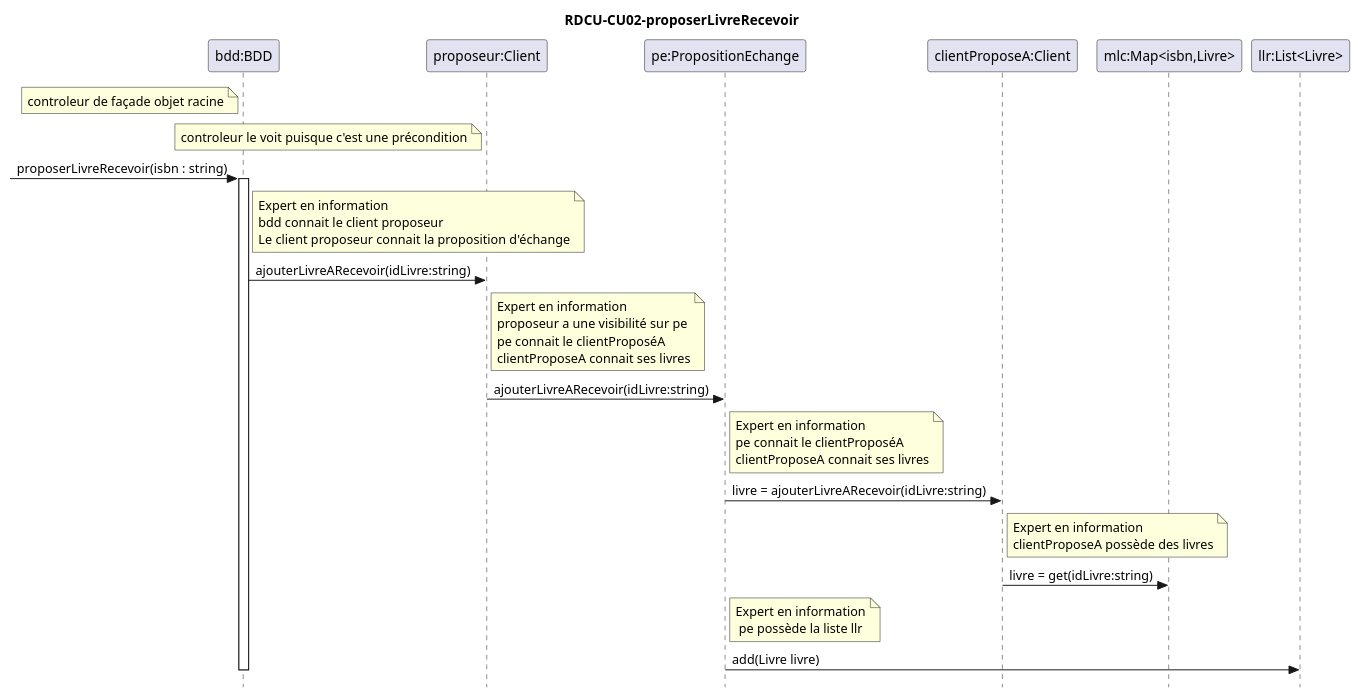
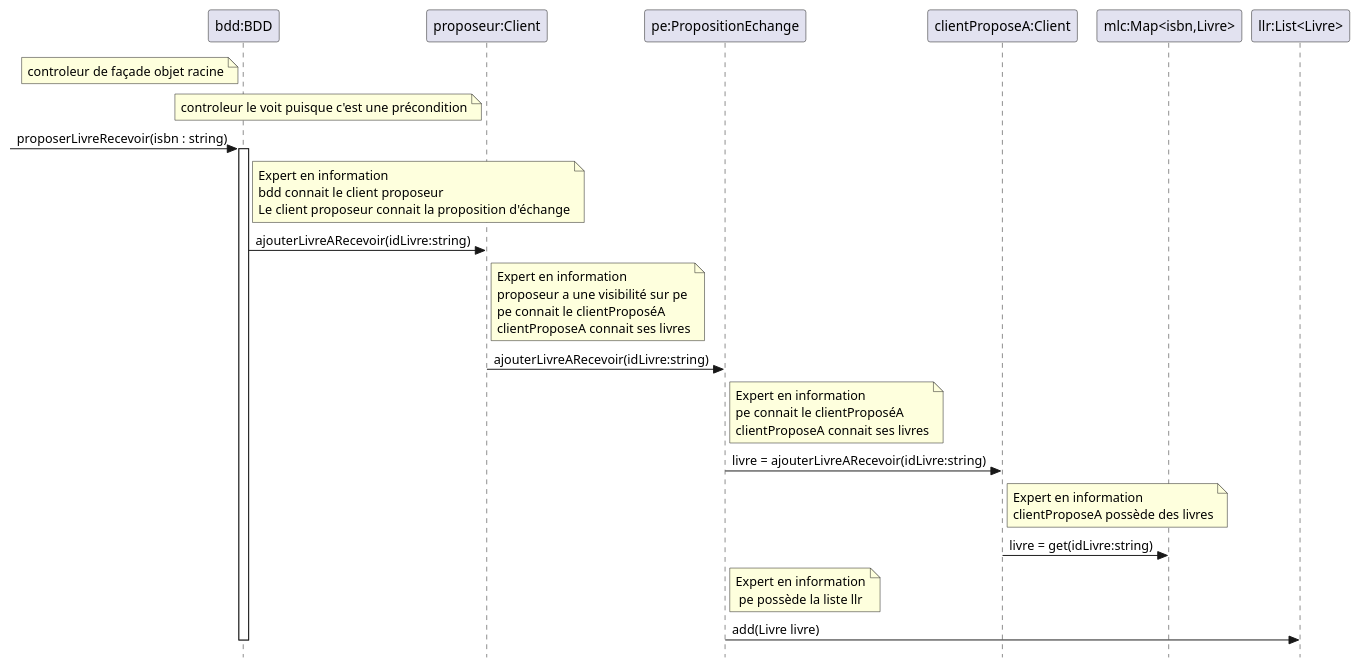
Before and after one commit to yvanross/LOG210-exercices: the tenth of 14 diagrams in DCU-CU-MDD-DSS-CON-RDCU-DCC/MDD-DSS-CON-RDCU-DCL-systeme-echange-livre.md, drawn with PlantUML. The commit also changed other lines of this file and 50 other files, not shown here.

````diff
--- a/DCU-CU-MDD-DSS-CON-RDCU-DCC/MDD-DSS-CON-RDCU-DCL-systeme-echange-livre.md
+++ b/DCU-CU-MDD-DSS-CON-RDCU-DCC/MDD-DSS-CON-RDCU-DCL-systeme-echange-livre.md
@@ -455,32 +449,31 @@
 ```plantuml
 @startuml
-title RDCU-CU02-proposerLivreRecevoir
 skinparam style strictuml
 participant "bdd:BDD" as CTRL
 note left of CTRL: controleur de façade objet racine
 participant "proposeur:Client" as CP
 note left of CP: controleur le voit puisque c'est une précondition
 participant "pe:PropositionEchange" as PE
 participant "clientProposeA:Client" as CPA
 participant  "mlc:Map<isbn,Livre>" as MLC
 participant "llr:List<Livre>" as LLR
 
 ->CTRL: proposerLivreRecevoir(isbn : string)
 activate CTRL
 note right of CTRL: Expert en information\nbdd connait le client proposeur\nLe client proposeur connait la proposition d'échange
 CTRL -> CP :ajouterLivreARecevoir(idLivre:string)
 
 note right of CP: Expert en information\nproposeur a une visibilité sur pe\npe connait le clientProposéA\nclientProposeA connait ses livres 
 CP -> PE: ajouterLivreARecevoir(idLivre:string)
 
 note right of PE: Expert en information\npe connait le clientProposéA\nclientProposeA connait ses livres
 PE->CPA: livre = ajouterLivreARecevoir(idLivre:string)
 
 note right of CPA: Expert en information\nclientProposeA possède des livres
 CPA -> MLC: livre = get(idLivre:string)
 
 note right of PE: Expert en information\n pe possède la liste llr
 PE -> LLR: add(Livre livre)
 deactivate CTRL
 @enduml
 ```
````
